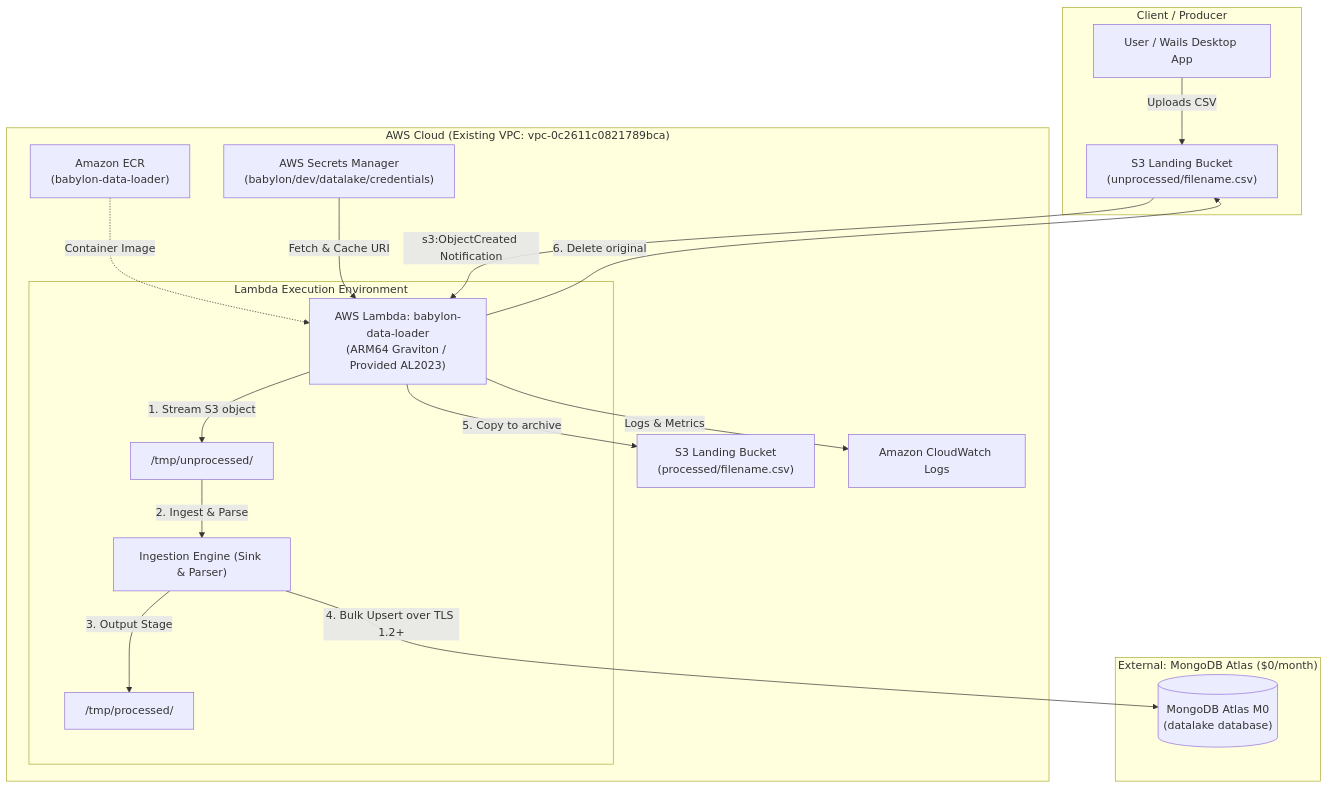
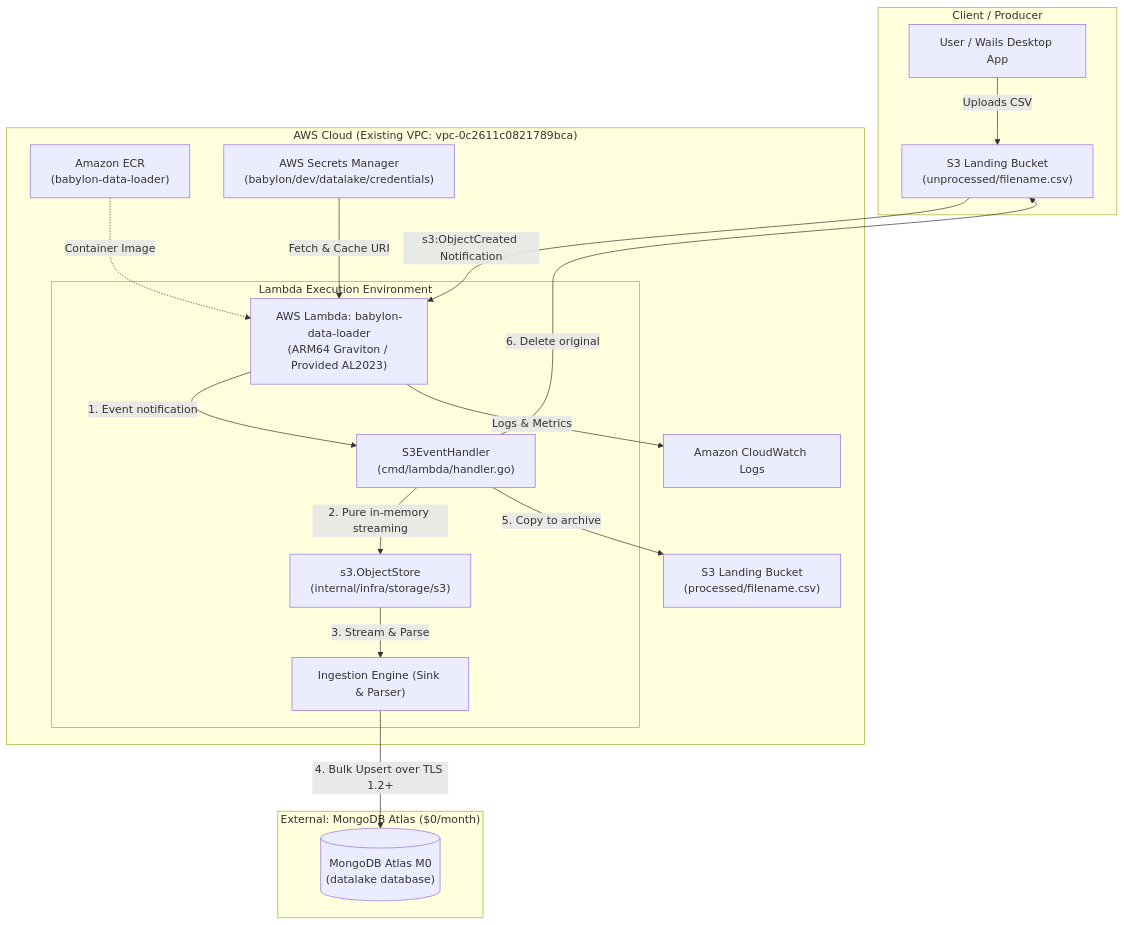
The first of 3 diagrams in docs/specs/data-loader-serverless-pipeline.md (ajponte/babylon_deploy), drawn with Mermaid before and after one commit. The commit also changed other lines of this file and 2 other files, not shown here.

Commit message:
feat(data-loader): drop obsolete LAMBDA_TMP_DIR and sync serverless specs to in-memory streaming

````diff
--- a/docs/specs/data-loader-serverless-pipeline.md
+++ b/docs/specs/data-loader-serverless-pipeline.md
@@ -104,27 +104,27 @@
 ```mermaid
 graph TD
     subgraph "Client / Producer"
         User["User / Wails Desktop App"] -->|Uploads CSV| S3Landing["S3 Landing Bucket<br/>(unprocessed/filename.csv)"]
     end
 
     subgraph "External: MongoDB Atlas ($0/month)"
         AtlasDB[("MongoDB Atlas M0<br/>(datalake database)")]
     end
 
     subgraph "AWS Cloud (Existing VPC: vpc-0c2611c0821789bca)"
         S3Landing -->|s3:ObjectCreated Notification| LambdaHandler["AWS Lambda: babylon-data-loader<br/>(ARM64 Graviton / Provided AL2023)"]
         ECR["Amazon ECR<br/>(babylon-data-loader)"] -.->|Container Image| LambdaHandler
         SecretsMgr["AWS Secrets Manager<br/>(babylon/dev/datalake/credentials)"] -->|Fetch & Cache URI| LambdaHandler
 
         subgraph "Lambda Execution Environment"
-            LambdaHandler -->|1. Stream S3 object| TmpUnprocessed["/tmp/unprocessed/"]
-            TmpUnprocessed -->|2. Ingest & Parse| Engine["Ingestion Engine (Sink & Parser)"]
-            Engine -->|3. Output Stage| TmpProcessed["/tmp/processed/"]
+            LambdaHandler -->|1. Event notification| S3Handler["S3EventHandler<br/>(cmd/lambda/handler.go)"]
+            S3Handler -->|2. Pure in-memory streaming| S3Store["s3.ObjectStore<br/>(internal/infra/storage/s3)"]
+            S3Store -->|3. Stream & Parse| Engine["Ingestion Engine (Sink & Parser)"]
         end
 
         Engine -->|4. Bulk Upsert over TLS 1.2+| AtlasDB
-        LambdaHandler -->|5. Copy to archive| S3Processed["S3 Landing Bucket<br/>(processed/filename.csv)"]
-        LambdaHandler -->|6. Delete original| S3Landing
+        S3Handler -->|5. Copy to archive| S3Processed["S3 Landing Bucket<br/>(processed/filename.csv)"]
+        S3Handler -->|6. Delete original| S3Landing
         LambdaHandler -->|Logs & Metrics| CW["Amazon CloudWatch Logs"]
     end
 ```
````
